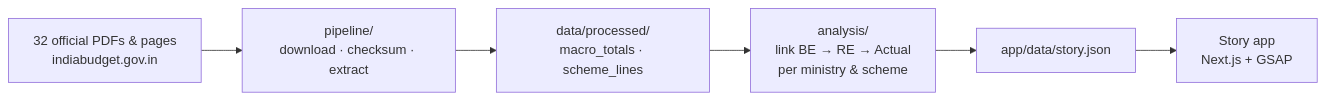
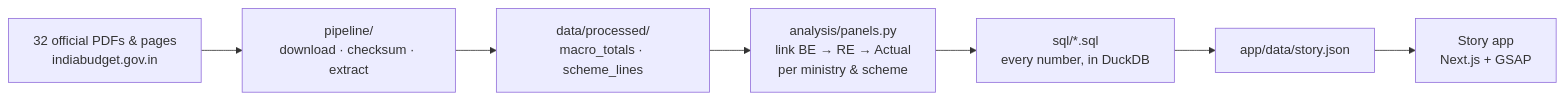
Before and after one commit to noturbob/india-budget-promised-vs-spent: the diagram in README.md, drawn with Mermaid. The commit also changed other lines of this file and 21 other files, not shown here.

Commit message:
Compute every number in SQL with DuckDB; show the query under each chart

````diff
--- a/README.md
+++ b/README.md
@@ -63,8 +63,9 @@
 ```mermaid
 flowchart LR
   A["32 official PDFs & pages<br>indiabudget.gov.in"] --> B["pipeline/<br>download · checksum · extract"]
   B --> C["data/processed/<br>macro_totals · scheme_lines"]
-  C --> D["analysis/<br>link BE → RE → Actual<br>per ministry & scheme"]
-  D --> E["app/data/story.json"]
+  C --> D["analysis/panels.py<br>link BE → RE → Actual<br>per ministry & scheme"]
+  D --> S["sql/*.sql<br>every number, in DuckDB"]
+  S --> E["app/data/story.json"]
   E --> F["Story app<br>Next.js + GSAP"]
 ```
````
